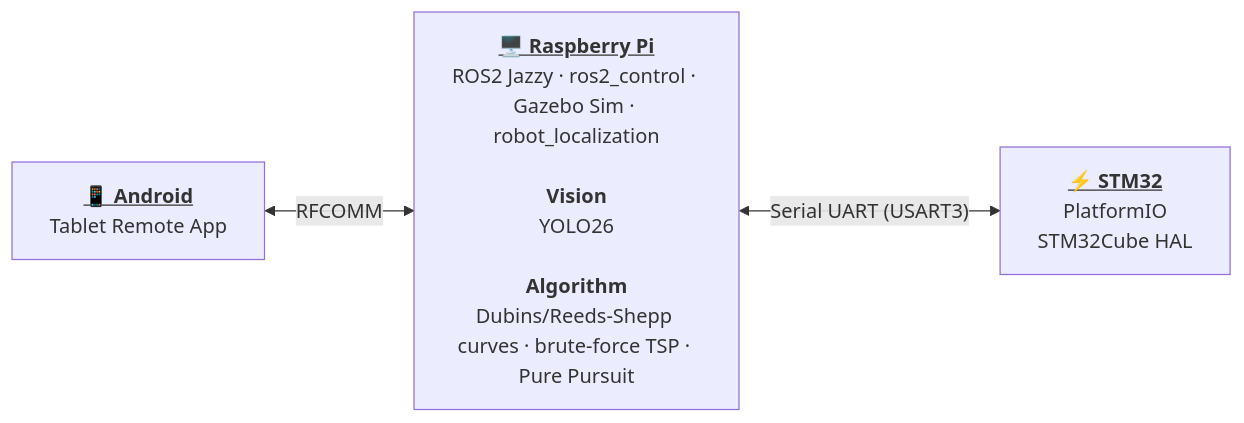
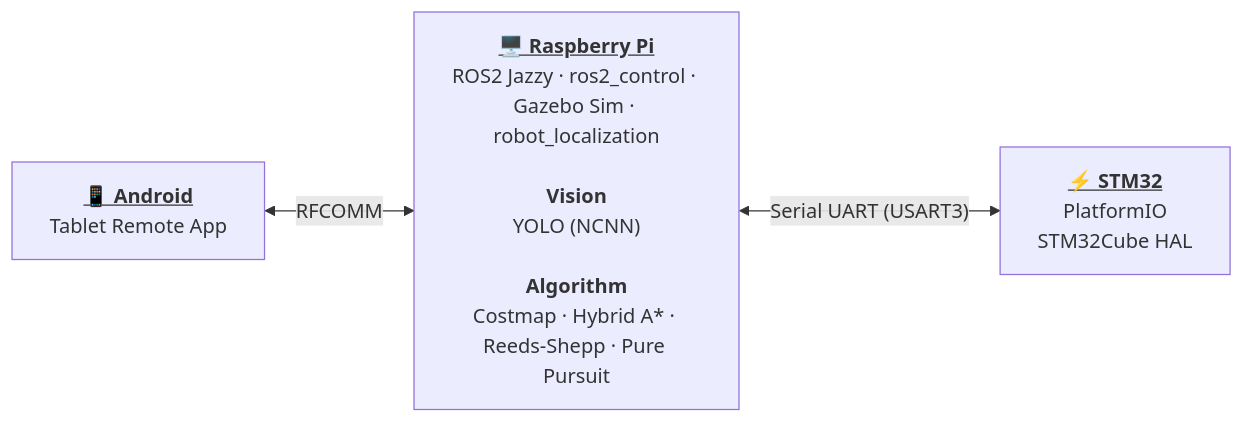
Before and after one commit to Alvin0523/mdp: the diagram in docs/index.md, drawn with Mermaid. The commit also changed 14 other files, not shown here.

````diff
--- a/docs/index.md
+++ b/docs/index.md
@@ -12,9 +12,9 @@
 ```mermaid
 graph LR
   ANDROID["<b><u>📱 Android</u></b><br/>Tablet Remote App"]
-  RPI["<b><u>🖥️ Raspberry Pi</u></b><br/>ROS2 Jazzy · ros2_control · Gazebo Sim · robot_localization<br/><br/><b>Vision</b><br/>YOLO26<br/><br/><b>Algorithm</b><br/>Dubins/Reeds-Shepp curves · brute-force TSP · Pure Pursuit"]
+  RPI["<b><u>🖥️ Raspberry Pi</u></b><br/>ROS2 Jazzy · ros2_control · Gazebo Sim · robot_localization<br/><br/><b>Vision</b><br/>YOLO (NCNN)<br/><br/><b>Algorithm</b><br/>Costmap · Hybrid A* · Reeds-Shepp · Pure Pursuit"]
   STM32["<b><u>⚡ STM32</u></b><br/>PlatformIO<br/>STM32Cube HAL"]
 
   ANDROID <-->|"RFCOMM"| RPI
   RPI <-->|"Serial UART (USART3)"| STM32
 ```
````
